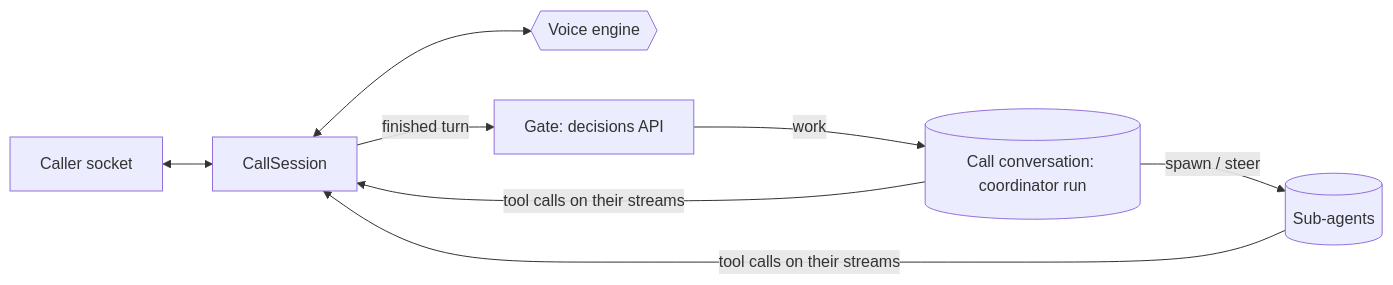
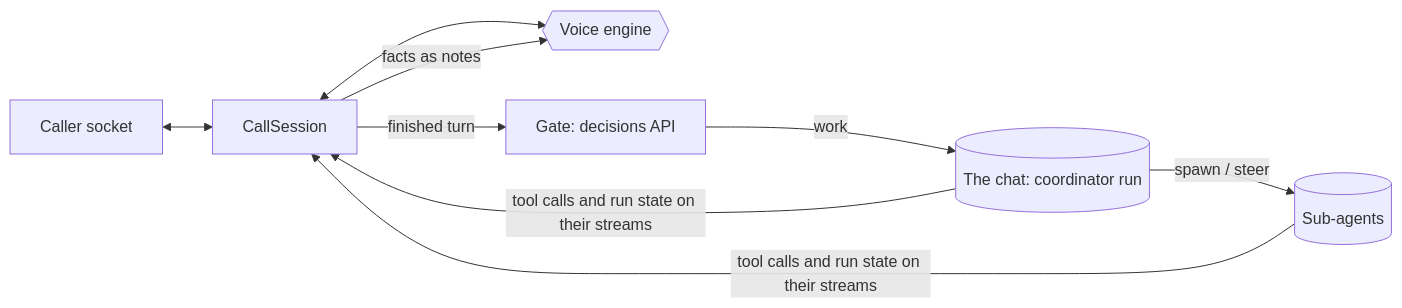
One commit to brainsparker/lemma-platform changed the diagram in lemma-backend/docs/modules/calls.md. Above: the diagram before and after it, drawn with Mermaid. The commit also changed other lines of this file and 42 other files, not shown here.

First line of the commit message:
Calls: one chat, an honest voice, nothing lost, and a screen that follows (#1091)

````diff
--- a/lemma-backend/docs/modules/calls.md
+++ b/lemma-backend/docs/modules/calls.md
@@ -49,9 +56,10 @@
 ```mermaid
 flowchart LR
   C[Caller socket] <--> S[CallSession]
   S <--> E{{Voice engine}}
   S -- finished turn --> G[Gate: decisions API]
-  G -- work --> A[(Call conversation: coordinator run)]
+  G -- work --> A[(The chat: coordinator run)]
   A -- spawn / steer --> W[(Sub-agents)]
-  A & W -- tool calls on their streams --> S
+  A & W -- tool calls and run state on their streams --> S
+  S -- facts as notes --> E
 ```
````
